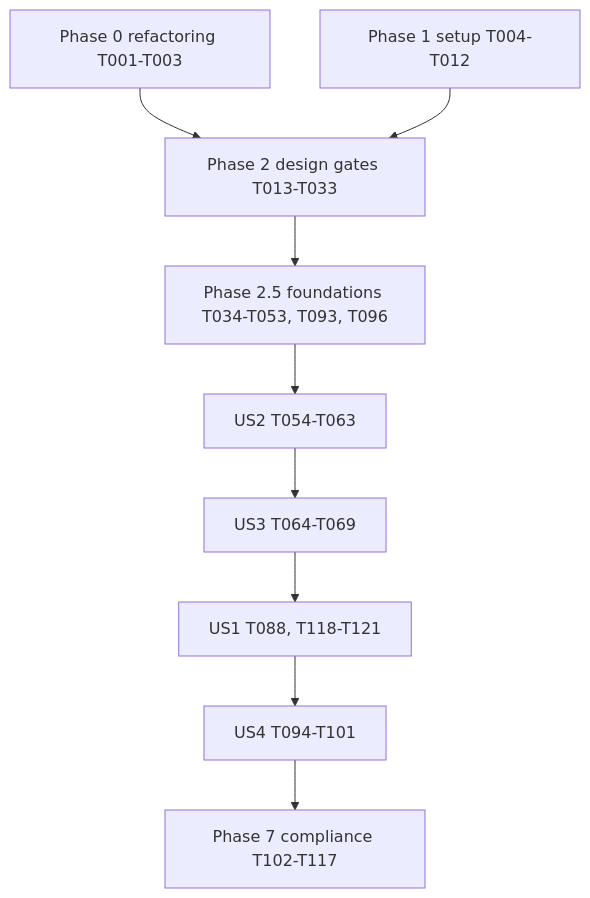
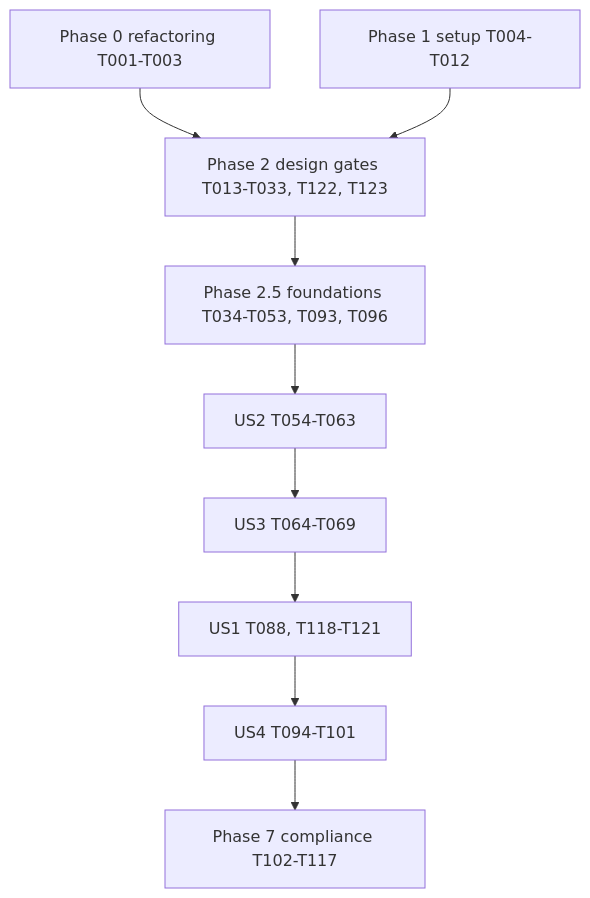
The diagram in specs/20261123-194542-decision-model-tool-approvals/tasks.md (zalando-incubator/agentic-identity-broker), drawn with Mermaid before and after one commit. The commit also changed other lines of this file and 5 other files, not shown here.

````diff
--- a/specs/20261123-194542-decision-model-tool-approvals/tasks.md
+++ b/specs/20261123-194542-decision-model-tool-approvals/tasks.md
@@ -267,11 +272,11 @@
 ```mermaid
 flowchart TD
-  P0["Phase 0 refactoring T001-T003"] --> P2["Phase 2 design gates T013-T033"]
+  P0["Phase 0 refactoring T001-T003"] --> P2["Phase 2 design gates T013-T033, T122, T123"]
   P1["Phase 1 setup T004-T012"] --> P2
   P2 --> F["Phase 2.5 foundations T034-T053, T093, T096"]
   F --> US2["US2 T054-T063"]
   US2 --> US3["US3 T064-T069"]
   US3 --> US1["US1 T088, T118-T121"]
   US1 --> US4["US4 T094-T101"]
   US4 --> N["Phase 7 compliance T102-T117"]
 ```
````
